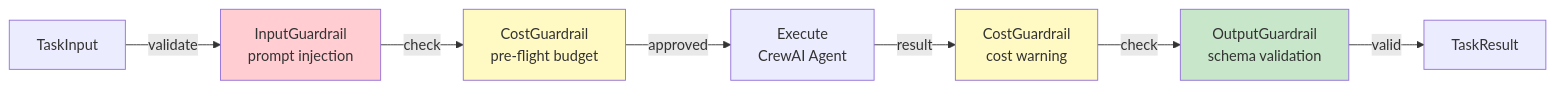
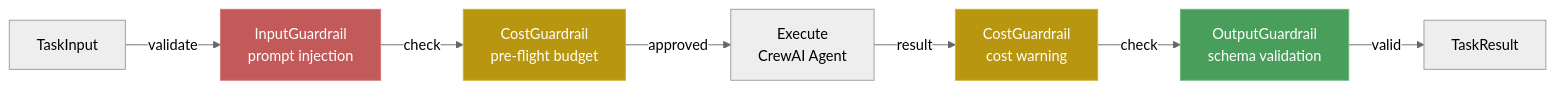
Before and after one commit to phucsystem/agent-foundry: the fifth of 7 diagrams in docs/system-architecture.md, drawn with Mermaid. The commit also changed other lines of this file, not shown here.

First line of the commit message:
docs: update mermaid diagrams for dark theme compatibility

````diff
--- a/docs/system-architecture.md
+++ b/docs/system-architecture.md
@@ -282,22 +286,23 @@
 ```mermaid
+%%{init: {'theme': 'neutral'}}%%
 graph LR
     IN["TaskInput"]
     IGR["InputGuardrail<br/>prompt injection"]
     CGR1["CostGuardrail<br/>pre-flight budget"]
     EX["Execute<br/>CrewAI Agent"]
     CGR2["CostGuardrail<br/>cost warning"]
     OGR["OutputGuardrail<br/>schema validation"]
     OUT["TaskResult"]
 
     IN -->|validate| IGR
     IGR -->|check| CGR1
     CGR1 -->|approved| EX
     EX -->|result| CGR2
     CGR2 -->|check| OGR
     OGR -->|valid| OUT
 
-    style IGR fill:#ffcdd2
-    style CGR1 fill:#fff9c4
-    style CGR2 fill:#fff9c4
-    style OGR fill:#c8e6c9
+    style IGR fill:#c25a5a,stroke:#d47575,color:#fff
+    style CGR1 fill:#b8960f,stroke:#d4b030,color:#fff
+    style CGR2 fill:#b8960f,stroke:#d4b030,color:#fff
+    style OGR fill:#4a9e5c,stroke:#6db87e,color:#fff
 ```
````
